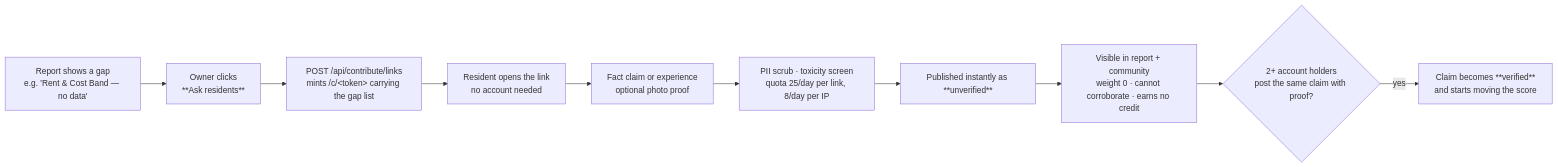
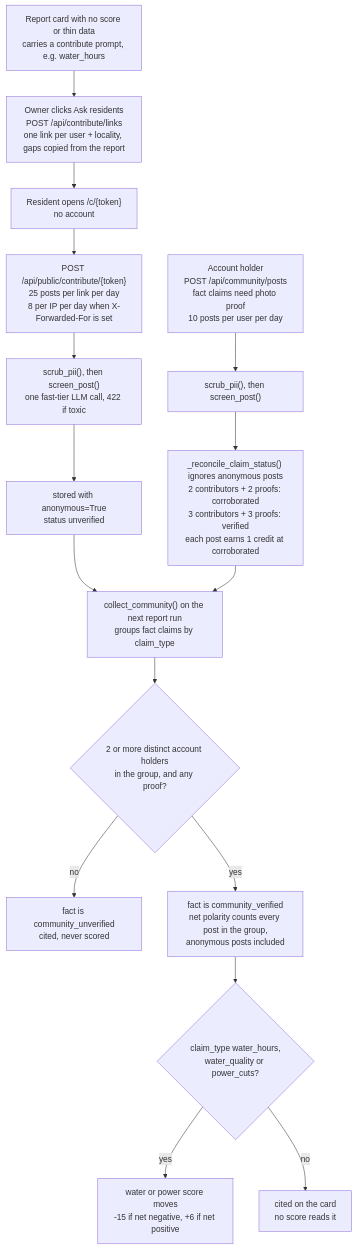
Before and after one commit to Pranay0083/LocalIQ: the fifth of 5 diagrams in project/docs/02-agent-architecture.md, drawn with Mermaid. The commit also changed other lines of this file and 79 other files, not shown here.

First line of the commit message:
Rewrite project docs, diagrams and screenshots against the code

````diff
--- a/project/docs/02-agent-architecture.md
+++ b/project/docs/02-agent-architecture.md
@@ -156,12 +277,20 @@
 ```mermaid
-flowchart LR
-    R["Report shows a gap<br/>e.g. 'Rent & Cost Band — no data'"] --> I["Owner clicks<br/>**Ask residents**"]
-    I --> L["POST /api/contribute/links<br/>mints /c/&lt;token&gt; carrying the gap list"]
-    L --> S["Resident opens the link<br/>no account needed"]
-    S --> F["Fact claim or experience<br/>optional photo proof"]
-    F --> SCRUB["PII scrub · toxicity screen<br/>quota 25/day per link, 8/day per IP"]
-    SCRUB --> PUB["Published instantly as **unverified**"]
-    PUB --> V["Visible in report + community<br/>weight 0 · cannot corroborate · earns no credit"]
-    V --> UP{"2+ account holders<br/>post the same claim with proof?"}
-    UP -->|yes| VER["Claim becomes **verified**<br/>and starts moving the score"]
+flowchart TB
+    R["Report card with no score or thin data<br/>carries a contribute prompt, e.g. water_hours"] --> L["Owner clicks Ask residents<br/>POST /api/contribute/links<br/>one link per user + locality, gaps copied from the report"]
+    L --> O["Resident opens /c/{token}<br/>no account"]
+    O --> P["POST /api/public/contribute/{token}<br/>25 posts per link per day<br/>8 per IP per day when X-Forwarded-For is set"]
+    P --> S1["scrub_pii(), then screen_post()<br/>one fast-tier LLM call, 422 if toxic"]
+    S1 --> AN["stored with anonymous=True<br/>status unverified"]
+
+    A["Account holder<br/>POST /api/community/posts<br/>fact claims need photo proof<br/>10 posts per user per day"] --> S2["scrub_pii(), then screen_post()"]
+    S2 --> RC["_reconcile_claim_status() ignores anonymous posts<br/>2 contributors + 2 proofs: corroborated<br/>3 contributors + 3 proofs: verified<br/>each post earns 1 credit at corroborated"]
+
+    AN --> CC["collect_community() on the next report run<br/>groups fact claims by claim_type"]
+    RC --> CC
+    CC --> Q{"2 or more distinct account holders<br/>in the group, and any proof?"}
+    Q -->|"no"| UV["fact is community_unverified<br/>cited, never scored"]
+    Q -->|"yes"| CV["fact is community_verified<br/>net polarity counts every post in the group,<br/>anonymous posts included"]
+    CV --> W{"claim_type water_hours,<br/>water_quality or power_cuts?"}
+    W -->|"yes"| MV["water or power score moves<br/>-15 if net negative, +6 if net positive"]
+    W -->|"no"| NM["cited on the card<br/>no score reads it"]
 ```
````
